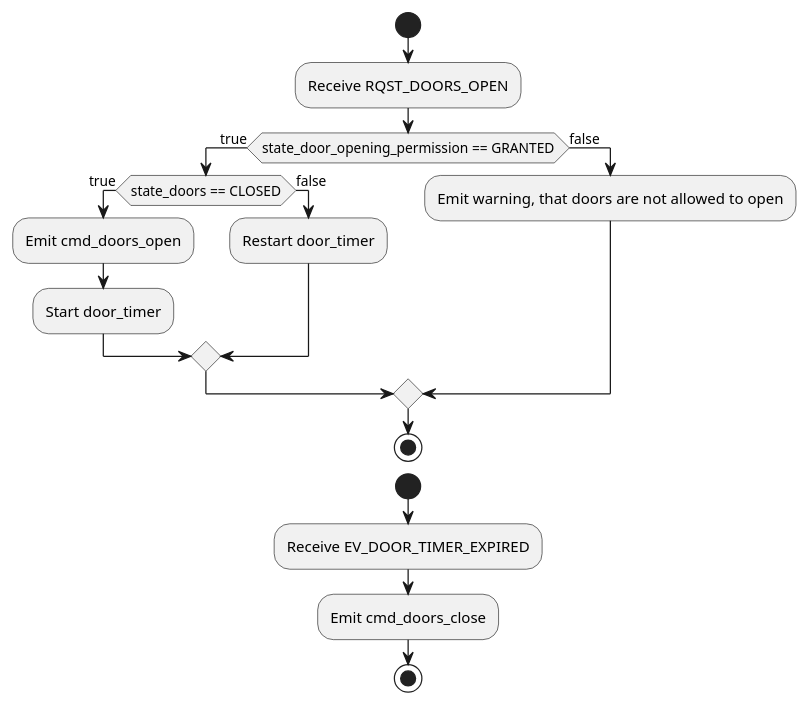
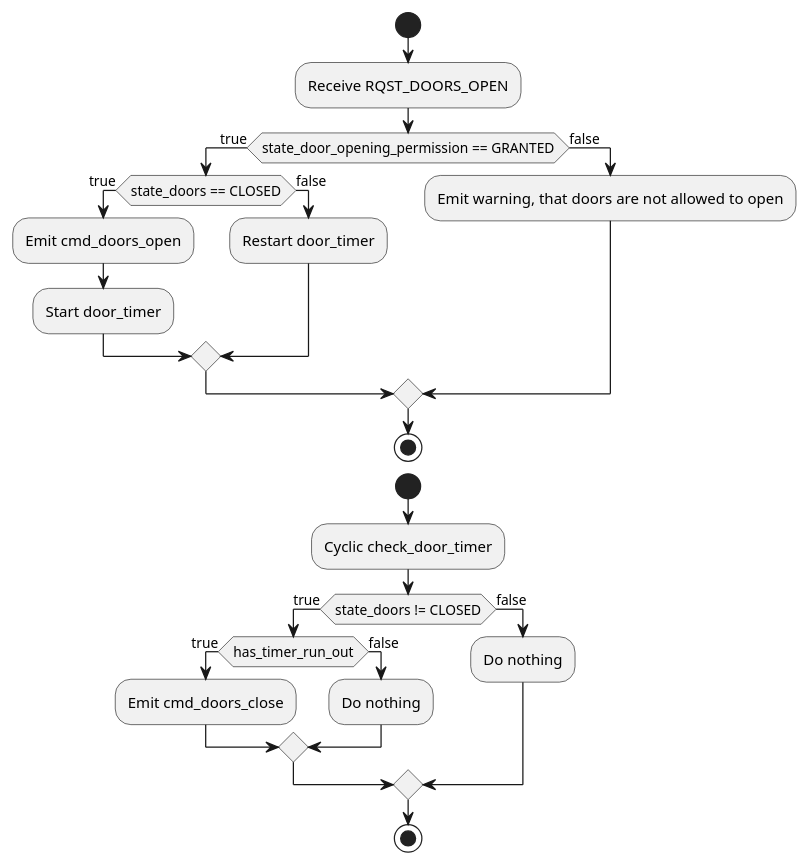
The diagram in docs/models/activity_diagrams/node-door-controller/door_supervisor_activity.puml (paetzholdt/CANRepo), drawn with PlantUML before and after one commit. The commit also changed 5 other files, not shown here.

```diff
--- a/docs/models/activity_diagrams/node-door-controller/door_supervisor_activity.puml
+++ b/docs/models/activity_diagrams/node-door-controller/door_supervisor_activity.puml
@@ -1,39 +1,48 @@
 @startuml door_supervisor_activity
 
 start
 
 :Receive RQST_DOORS_OPEN;
 
 if (state_door_opening_permission == GRANTED) then (true)
     if (state_doors == CLOSED) then (true)
         :Emit cmd_doors_open;
         :Start door_timer;
 
     else (false)
         :Restart door_timer;
 
     endif
 
 else (false)
     :Emit warning, that doors are not allowed to open;
 
 
 endif
 
 
 
 
 stop
 
 start
 
-:Receive EV_DOOR_TIMER_EXPIRED;
+:Cyclic check_door_timer;
 
-'Note: there would be checks, if e.g. the light barriers are free and working,
+'Note: there would be additional checks, like "are the light barriers are free and working?",
 ' but since this is not the point of this project, it is omitted due to the complexity of the implementation
 
-:Emit cmd_doors_close;
+if (state_doors != CLOSED) then (true)
+    if (has_timer_run_out) then (true)
+        :Emit cmd_doors_close;
+    else (false)
+        :Do nothing;
+    endif
+else (false)
+:Do nothing;
+
+endif
 
 stop
 
 @enduml
```
